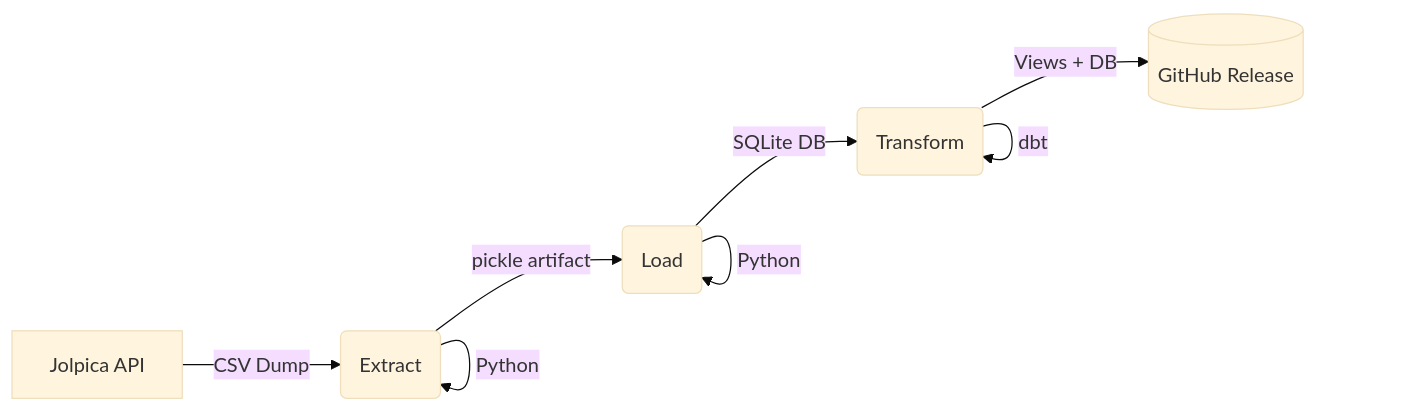
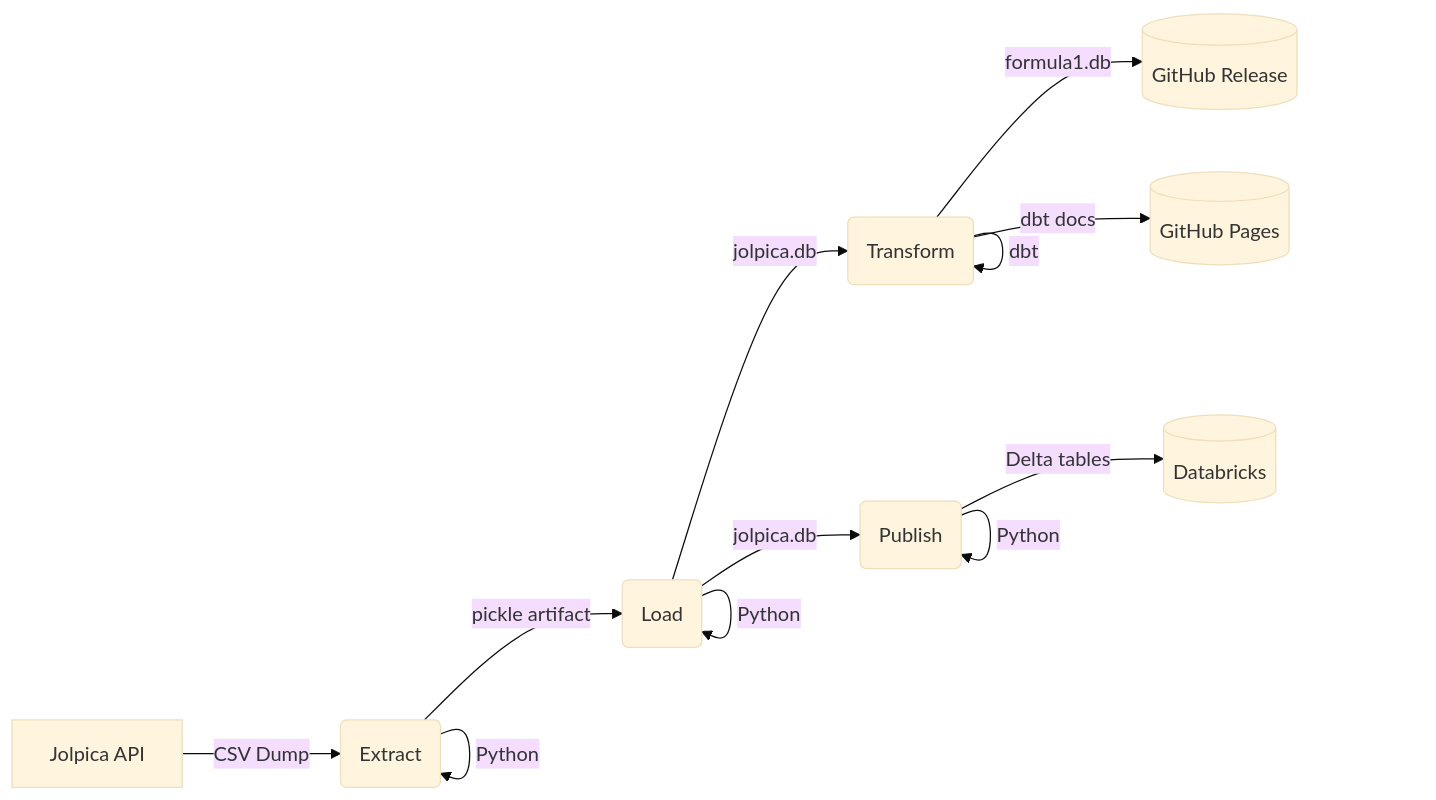
One commit to jmr-lab/f1-elt-pipeline changed the first of 2 diagrams in README.md. Above: the diagram before and after it, drawn with Mermaid (base theme). The commit also changed other lines of this file, not shown here.

````diff
--- a/README.md
+++ b/README.md
@@ -24,11 +25,15 @@
 ```mermaid
 flowchart LR
     A[Jolpica API] -->|CSV Dump| B(Extract)
     B -->|pickle artifact| C(Load)
-    C -->|SQLite DB| D(Transform)
-    D -->|Views + DB| E[(GitHub Release)]
-    
+    C -->|jolpica.db| D(Transform)
+    C -->|jolpica.db| F(Publish)
+    D -->|formula1.db| E[(GitHub Release)]
+    D -->|dbt docs| G[(GitHub Pages)]
+    F -->|Delta tables| H[(Databricks)]
+
     B -->|Python| B
     C -->|Python| C
     D -->|dbt| D
+    F -->|Python| F
 ```
````
